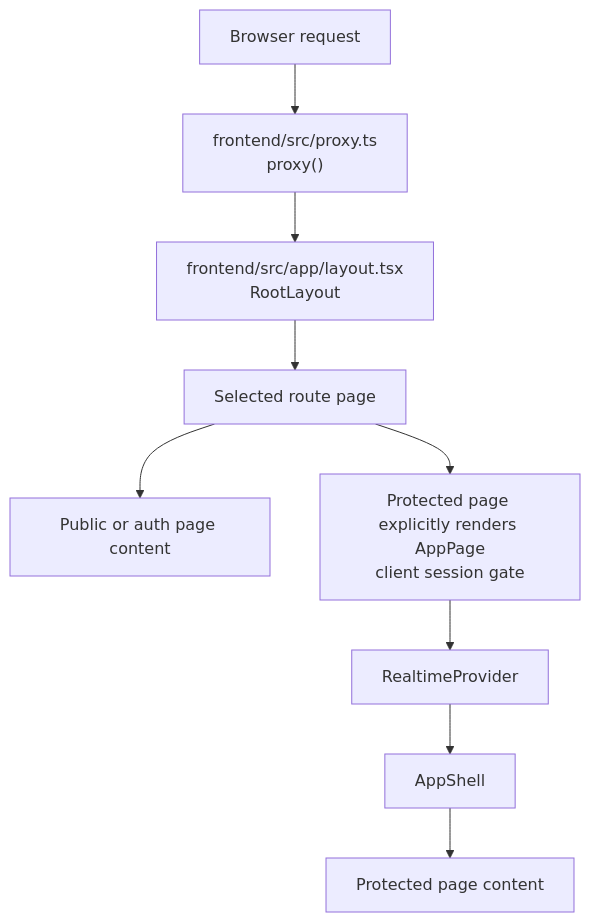
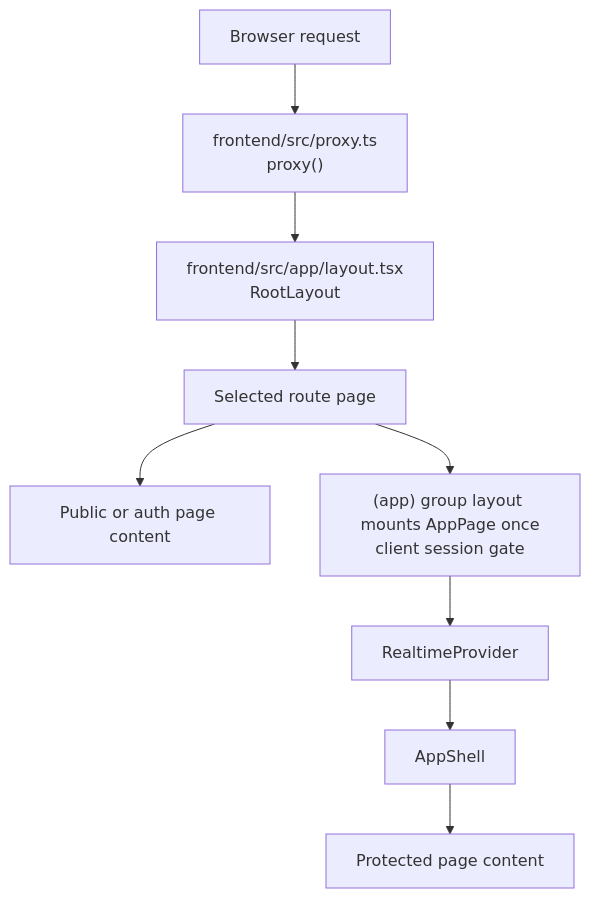
The first of 2 diagrams in docs/architecture/05-frontend-architecture.md (jayeuse/openslate), drawn with Mermaid before and after one commit. The commit also changed other lines of this file and 50 other files, not shown here.

````diff
--- a/docs/architecture/05-frontend-architecture.md
+++ b/docs/architecture/05-frontend-architecture.md
@@ -39,11 +39,11 @@
 ```mermaid
 flowchart TD
     Request["Browser request"] --> Proxy["frontend/src/proxy.ts\nproxy()"]
     Proxy --> Layout["frontend/src/app/layout.tsx\nRootLayout"]
     Layout --> Route["Selected route page"]
     Route --> Public["Public or auth page content"]
-    Route --> Gate["Protected page explicitly renders AppPage\nclient session gate"]
+    Route --> Gate["(app) group layout mounts AppPage once\nclient session gate"]
     Gate --> Realtime["RealtimeProvider"]
     Realtime --> Shell["AppShell"]
     Shell --> Protected["Protected page content"]
 ```
````
